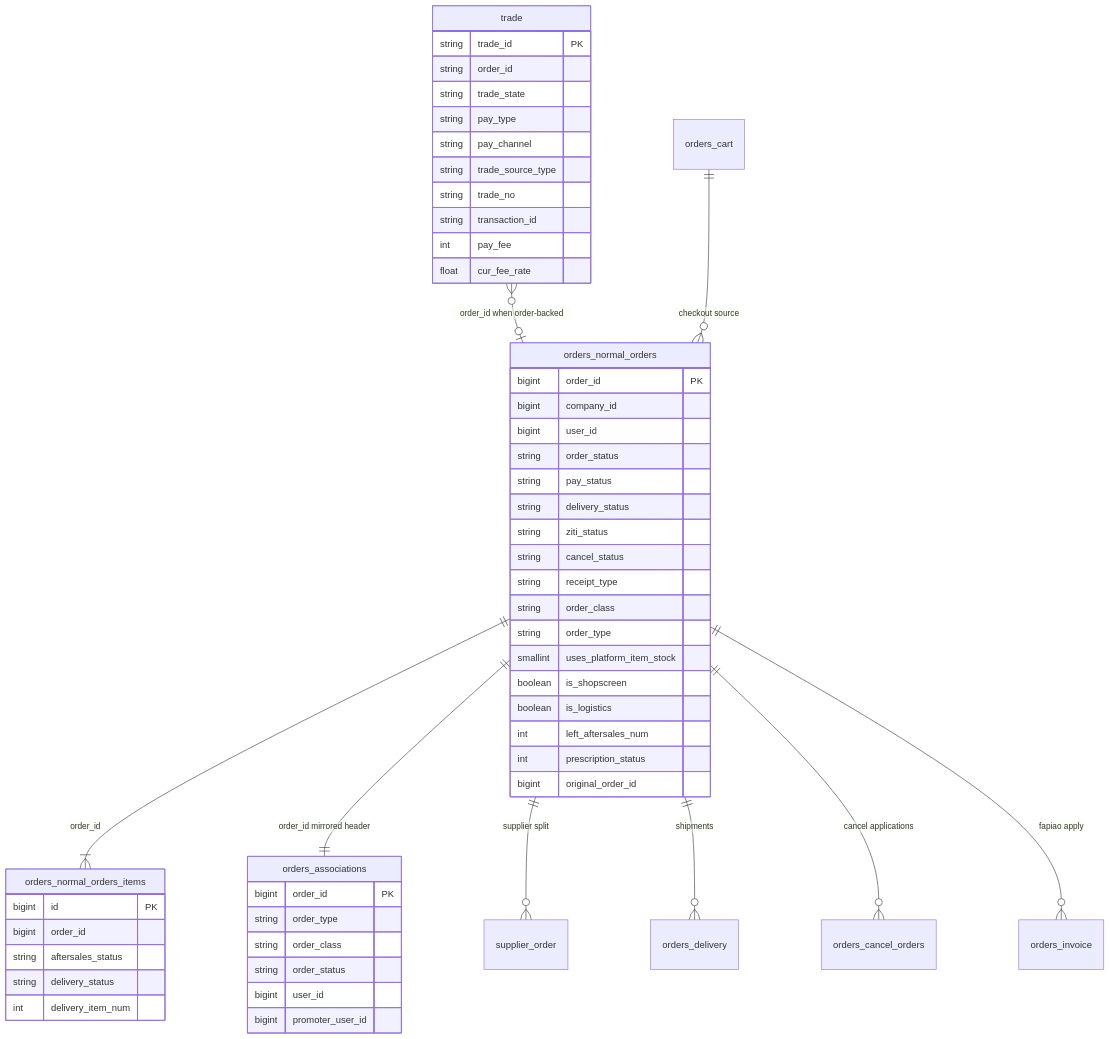
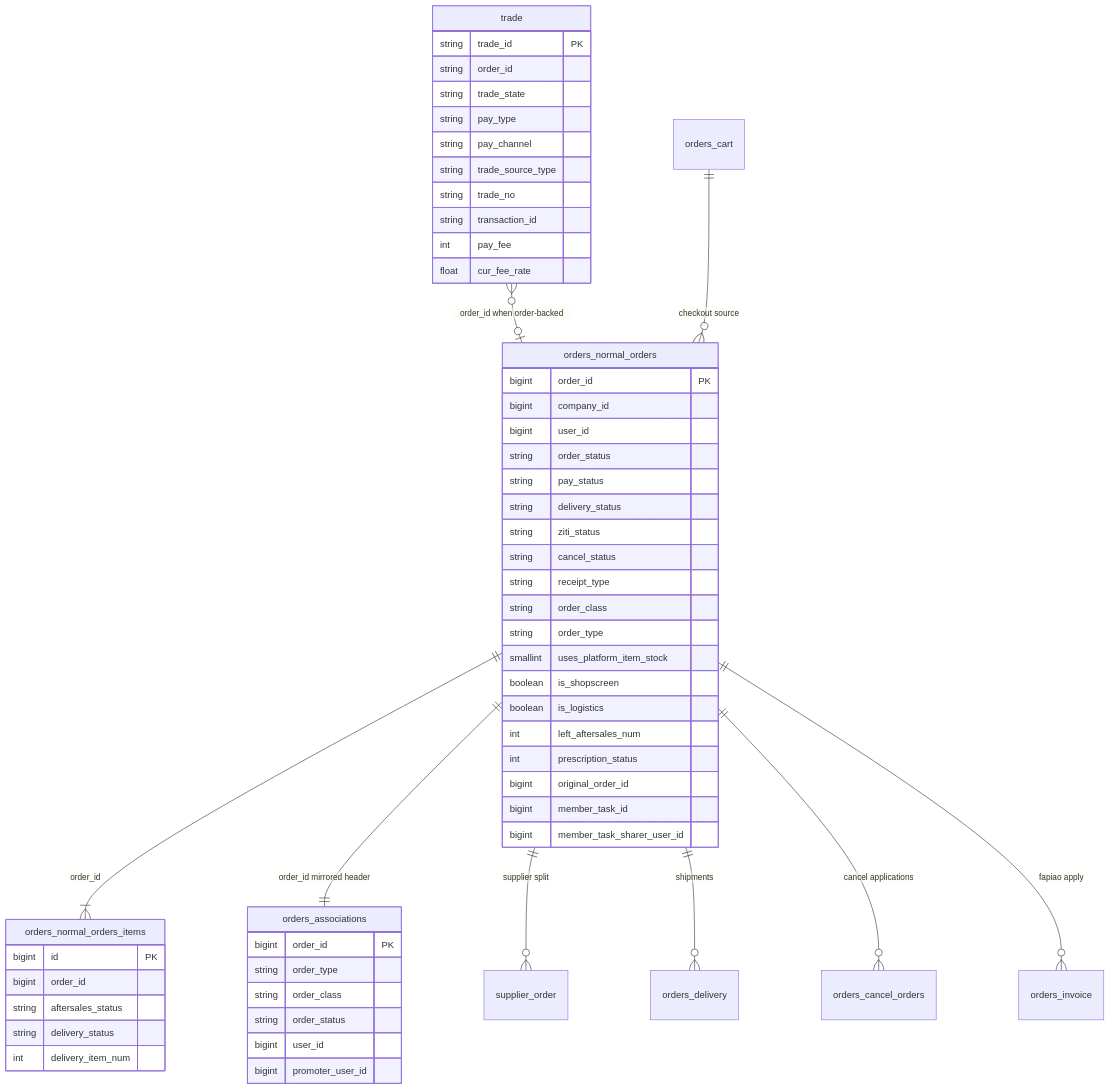
Before and after one commit to ShopeX/ECShopX-Java: the first of 5 diagrams in openwiki/domains/orders.md, drawn with Mermaid. The commit also changed other lines of this file and 59 other files, not shown here.

````diff
--- a/openwiki/domains/orders.md
+++ b/openwiki/domains/orders.md
@@ -241,57 +251,59 @@
 ```mermaid
 erDiagram
     trade }o--o| orders_normal_orders : "order_id when order-backed"
     orders_normal_orders ||--|{ orders_normal_orders_items : "order_id"
     orders_normal_orders ||--|| orders_associations : "order_id mirrored header"
     orders_normal_orders ||--o{ supplier_order : "supplier split"
     orders_normal_orders ||--o{ orders_delivery : "shipments"
     orders_normal_orders ||--o{ orders_cancel_orders : "cancel applications"
     orders_normal_orders ||--o{ orders_invoice : "fapiao apply"
     orders_cart ||--o{ orders_normal_orders : "checkout source"
     trade {
         string trade_id PK
         string order_id
         string trade_state
         string pay_type
         string pay_channel
         string trade_source_type
         string trade_no
         string transaction_id
         int pay_fee
         float cur_fee_rate
     }
     orders_normal_orders {
         bigint order_id PK
         bigint company_id
         bigint user_id
         string order_status
         string pay_status
         string delivery_status
         string ziti_status
         string cancel_status
         string receipt_type
         string order_class
         string order_type
         smallint uses_platform_item_stock
         boolean is_shopscreen
         boolean is_logistics
         int left_aftersales_num
         int prescription_status
         bigint original_order_id
+        bigint member_task_id
+        bigint member_task_sharer_user_id
     }
     orders_normal_orders_items {
         bigint id PK
         bigint order_id
         string aftersales_status
         string delivery_status
         int delivery_item_num
     }
     orders_associations {
         bigint order_id PK
         string order_type
         string order_class
         string order_status
         bigint user_id
         bigint promoter_user_id
     }
 ```
````
